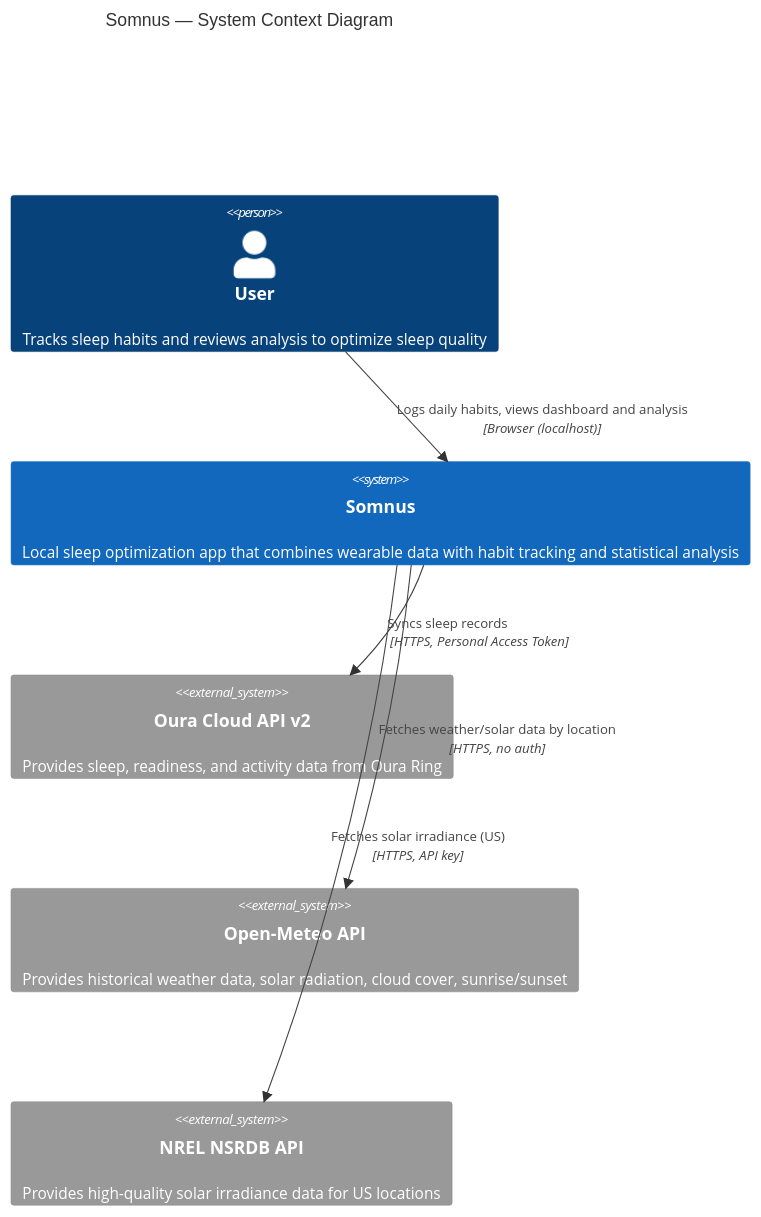
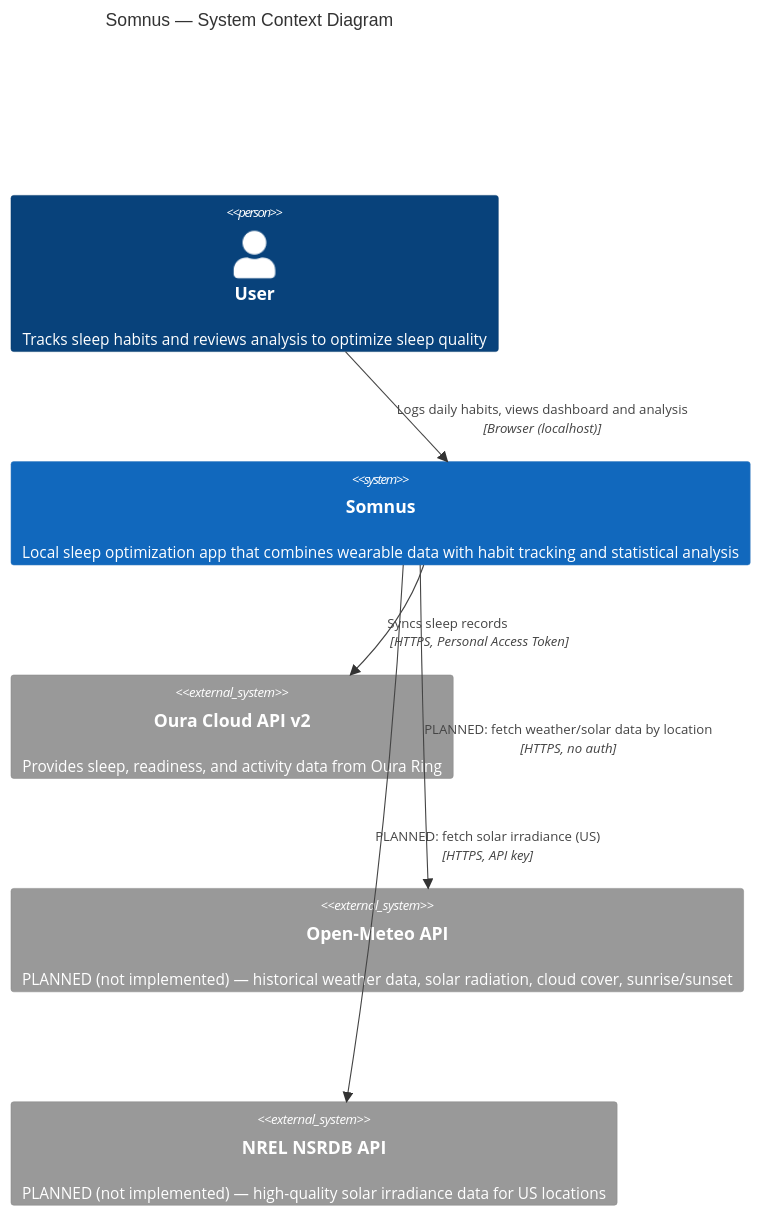
One commit to kristovatlas/somnus changed the first of 4 diagrams in ARCHITECTURE.md. Above: the diagram before and after it, drawn with Mermaid. The commit also changed other lines of this file and 2 other files, not shown here.

````diff
--- a/ARCHITECTURE.md
+++ b/ARCHITECTURE.md
@@ -13,17 +13,17 @@
 ```mermaid
 C4Context
     title Somnus — System Context Diagram
 
     Person(user, "User", "Tracks sleep habits and reviews analysis to optimize sleep quality")
 
     System(somnus, "Somnus", "Local sleep optimization app that combines wearable data with habit tracking and statistical analysis")
 
     System_Ext(oura, "Oura Cloud API v2", "Provides sleep, readiness, and activity data from Oura Ring")
-    System_Ext(openmeteo, "Open-Meteo API", "Provides historical weather data, solar radiation, cloud cover, sunrise/sunset")
-    System_Ext(nrel, "NREL NSRDB API", "Provides high-quality solar irradiance data for US locations")
+    System_Ext(openmeteo, "Open-Meteo API", "PLANNED (not implemented) — historical weather data, solar radiation, cloud cover, sunrise/sunset")
+    System_Ext(nrel, "NREL NSRDB API", "PLANNED (not implemented) — high-quality solar irradiance data for US locations")
 
     Rel(user, somnus, "Logs daily habits, views dashboard and analysis", "Browser (localhost)")
     Rel(somnus, oura, "Syncs sleep records", "HTTPS, Personal Access Token")
-    Rel(somnus, openmeteo, "Fetches weather/solar data by location", "HTTPS, no auth")
-    Rel(somnus, nrel, "Fetches solar irradiance (US)", "HTTPS, API key")
+    Rel(somnus, openmeteo, "PLANNED: fetch weather/solar data by location", "HTTPS, no auth")
+    Rel(somnus, nrel, "PLANNED: fetch solar irradiance (US)", "HTTPS, API key")
 ```
````
